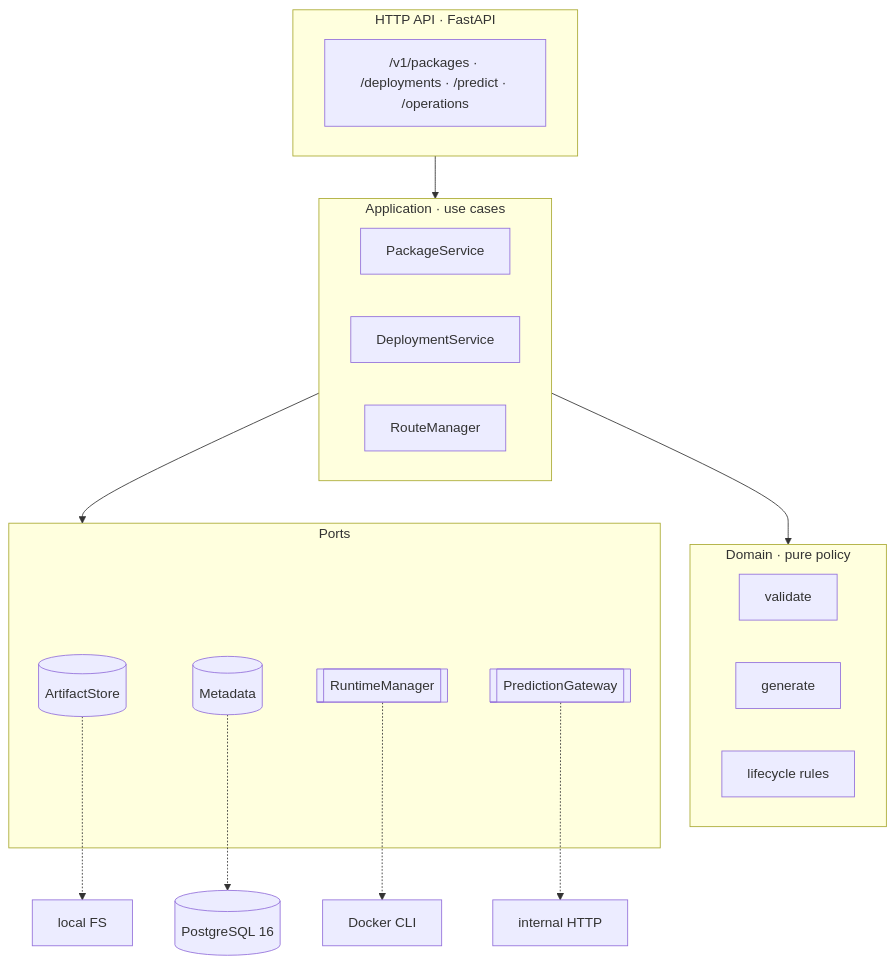
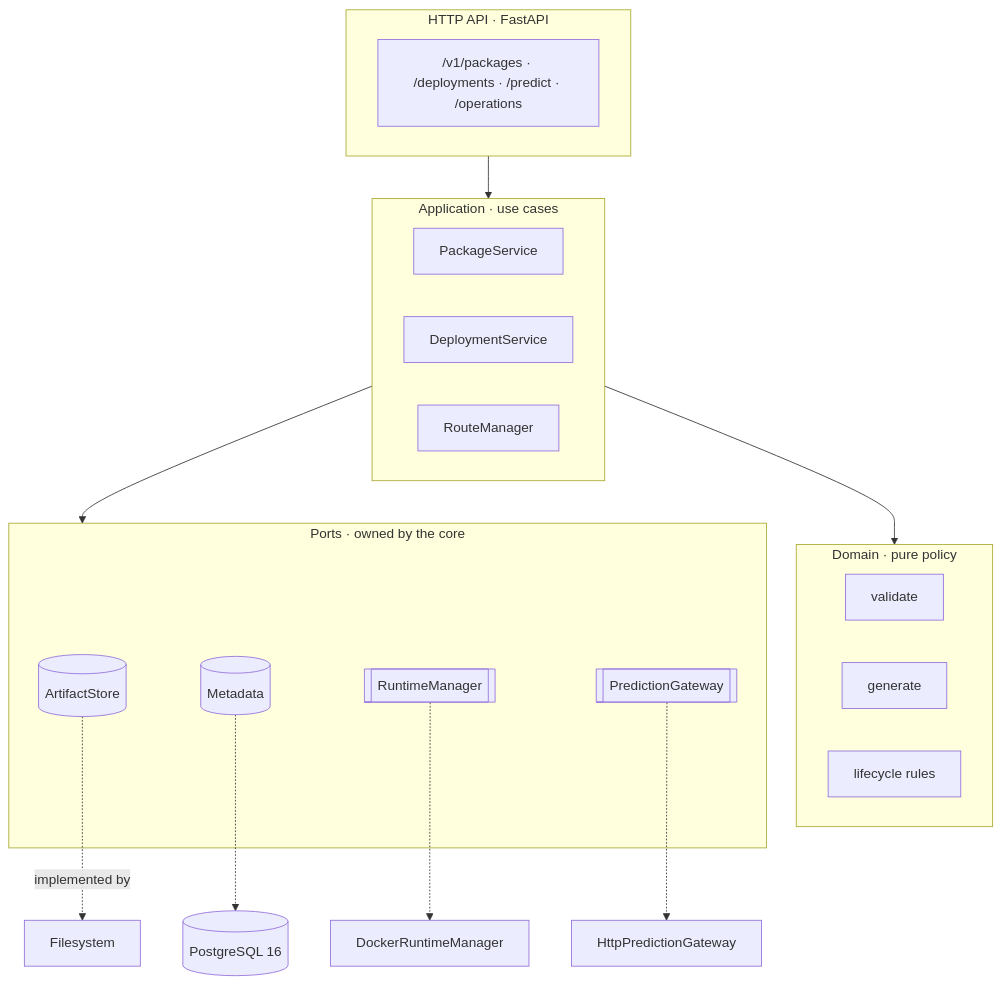
Before and after one commit to Riicko-19/ForgeML: the diagram in README.md, drawn with Mermaid. The commit also changed other lines of this file and 6 other files, not shown here.

````diff
--- a/README.md
+++ b/README.md
@@ -129,23 +132,23 @@
 ```mermaid
 flowchart TD
     subgraph API["HTTP API · FastAPI"]
         R["/v1/packages · /deployments · /predict · /operations"]
     end
     subgraph APP["Application · use cases"]
         PS[PackageService]
         DS[DeploymentService]
         RM[RouteManager]
     end
     subgraph DOM["Domain · pure policy"]
         V[validate] & G[generate] & RULES[lifecycle rules]
     end
-    subgraph PORTS["Ports"]
+    subgraph PORTS["Ports · owned by the core"]
         ART[(ArtifactStore)] & META[(Metadata)] & RT[[RuntimeManager]] & GW[[PredictionGateway]]
     end
     API --> APP --> DOM
     APP --> PORTS
-    ART -.-> FS["local FS"]
+    ART -.implemented by.-> FS["Filesystem"]
     META -.-> PG[("PostgreSQL 16")]
-    RT -.-> DK["Docker CLI"]
-    GW -.-> HTTP["internal HTTP"]
+    RT -.-> DK["DockerRuntimeManager"]
+    GW -.-> HTTP["HttpPredictionGateway"]
 ```
````
